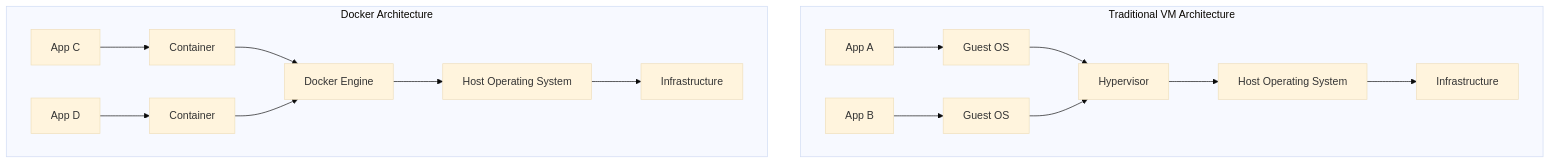
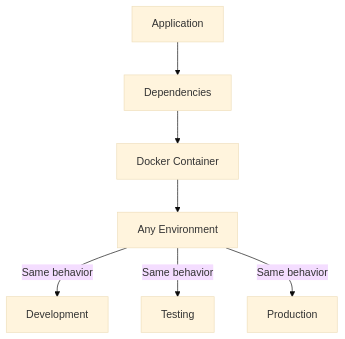
One commit to wahidyankf/oss changed the first of 5 diagrams in apps-standalone/ayokoding-web/content/en/learn/crash-courses/swe/stacks/infra/docker/basics.md. Above: the diagram before and after it, drawn with Mermaid (base theme). The commit also changed other lines of this file and 40 other files, not shown here.

````diff
--- a/apps-standalone/ayokoding-web/content/en/learn/crash-courses/swe/stacks/infra/docker/basics.md
+++ b/apps-standalone/ayokoding-web/content/en/learn/crash-courses/swe/stacks/infra/docker/basics.md
@@ -25,20 +19,9 @@
 ```mermaid
 graph TD
-    subgraph "Traditional VM Architecture"
-        A[App A] --> VA[Guest OS]
-        B[App B] --> VB[Guest OS]
-        VA --> H[Hypervisor]
-        VB --> H
-        H --> OS[Host Operating System]
-        OS --> I[Infrastructure]
-    end
-
-    subgraph "Docker Architecture"
-        C[App C] --> CA[Container]
-        D[App D] --> CB[Container]
-        CA --> DE[Docker Engine]
-        CB --> DE
-        DE --> DOS[Host Operating System]
-        DOS --> DI[Infrastructure]
-    end
+    A[Application] --> B[Dependencies]
+    B --> C[Docker Container]
+    C --> D[Any Environment]
+    D --> |Same behavior| E[Development]
+    D --> |Same behavior| F[Testing]
+    D --> |Same behavior| G[Production]
 ```
````
